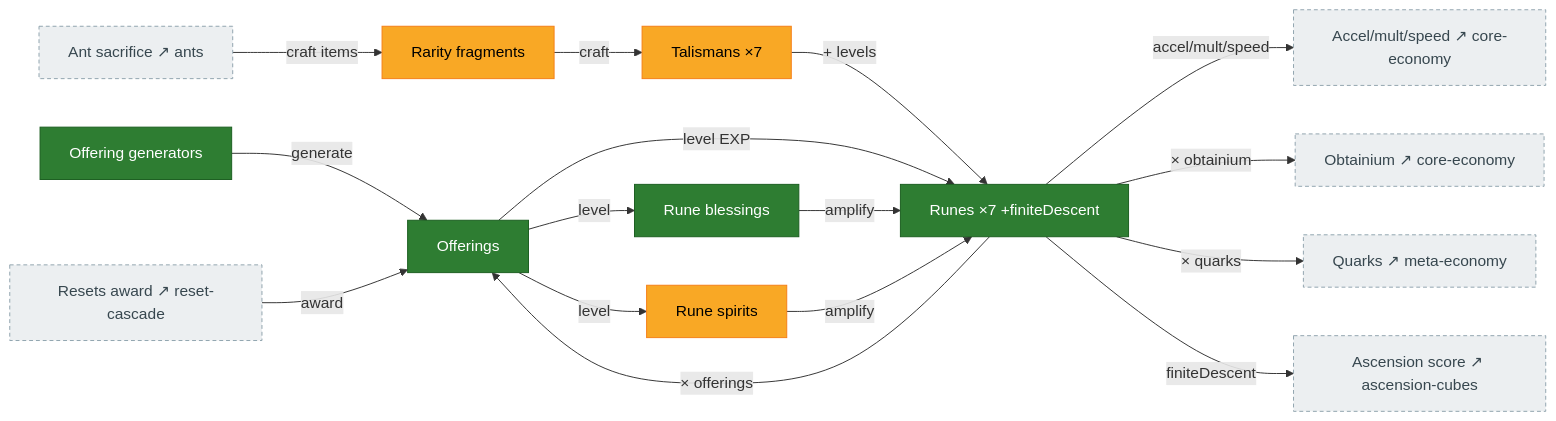
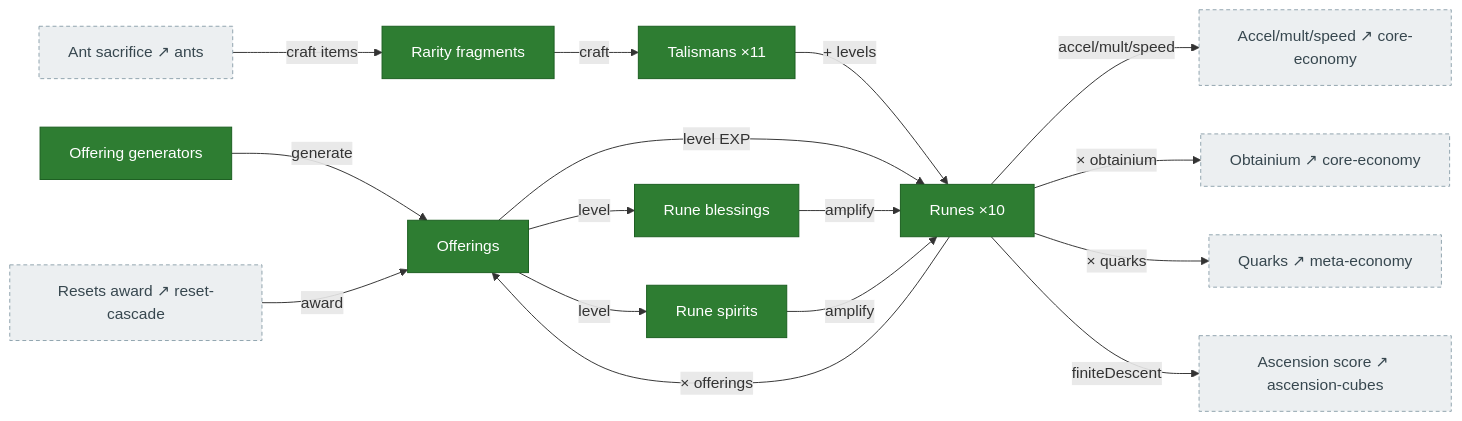
One commit to MaddisonM79/synergism_forkd changed the diagram in docs/systems/runes-talismans.md. Above: the diagram before and after it, drawn with Mermaid. The commit also changed other lines of this file and 1 other file, not shown here.

First line of the commit message:
docs(systems): mark runes/spirits/talismans ported

````diff
--- a/docs/systems/runes-talismans.md
+++ b/docs/systems/runes-talismans.md
@@ -11,39 +11,39 @@
 ```mermaid
 flowchart LR
   classDef ported fill:#2e7d32,color:#fff,stroke:#1b5e20;
   classDef partial fill:#f9a825,color:#000,stroke:#f57f17;
   classDef bug fill:#f9a825,color:#000,stroke:#d50000,stroke-width:3px;
   classDef ext fill:#eceff1,color:#37474f,stroke:#90a4ae,stroke-dasharray:4 3;
 
   offerGen["Offering generators"]:::ported
   offerings["Offerings"]:::ported
-  runes["Runes ×7 +finiteDescent"]:::ported
+  runes["Runes ×10"]:::ported
   runeBless["Rune blessings"]:::ported
-  runeSpirits["Rune spirits"]:::partial
-  talismans["Talismans ×7"]:::partial
-  fragments["Rarity fragments"]:::partial
+  runeSpirits["Rune spirits"]:::ported
+  talismans["Talismans ×11"]:::ported
+  fragments["Rarity fragments"]:::ported
 
   resets["Resets award ↗ reset-cascade"]:::ext
   antSac["Ant sacrifice ↗ ants"]:::ext
   prod["Accel/mult/speed ↗ core-economy"]:::ext
   obt["Obtainium ↗ core-economy"]:::ext
   quarks["Quarks ↗ meta-economy"]:::ext
   score["Ascension score ↗ ascension-cubes"]:::ext
 
   offerGen -->|"generate"| offerings
   resets -->|"award"| offerings
   offerings -->|"level EXP"| runes
   offerings -->|"level"| runeBless
   offerings -->|"level"| runeSpirits
   fragments -->|"craft"| talismans
   antSac -->|"craft items"| fragments
   talismans -->|"+ levels"| runes
   runeBless -->|"amplify"| runes
   runeSpirits -->|"amplify"| runes
 
   runes -->|"accel/mult/speed"| prod
   runes -->|"× offerings"| offerings
   runes -->|"× obtainium"| obt
   runes -->|"× quarks"| quarks
   runes -->|"finiteDescent"| score
 ```
````
